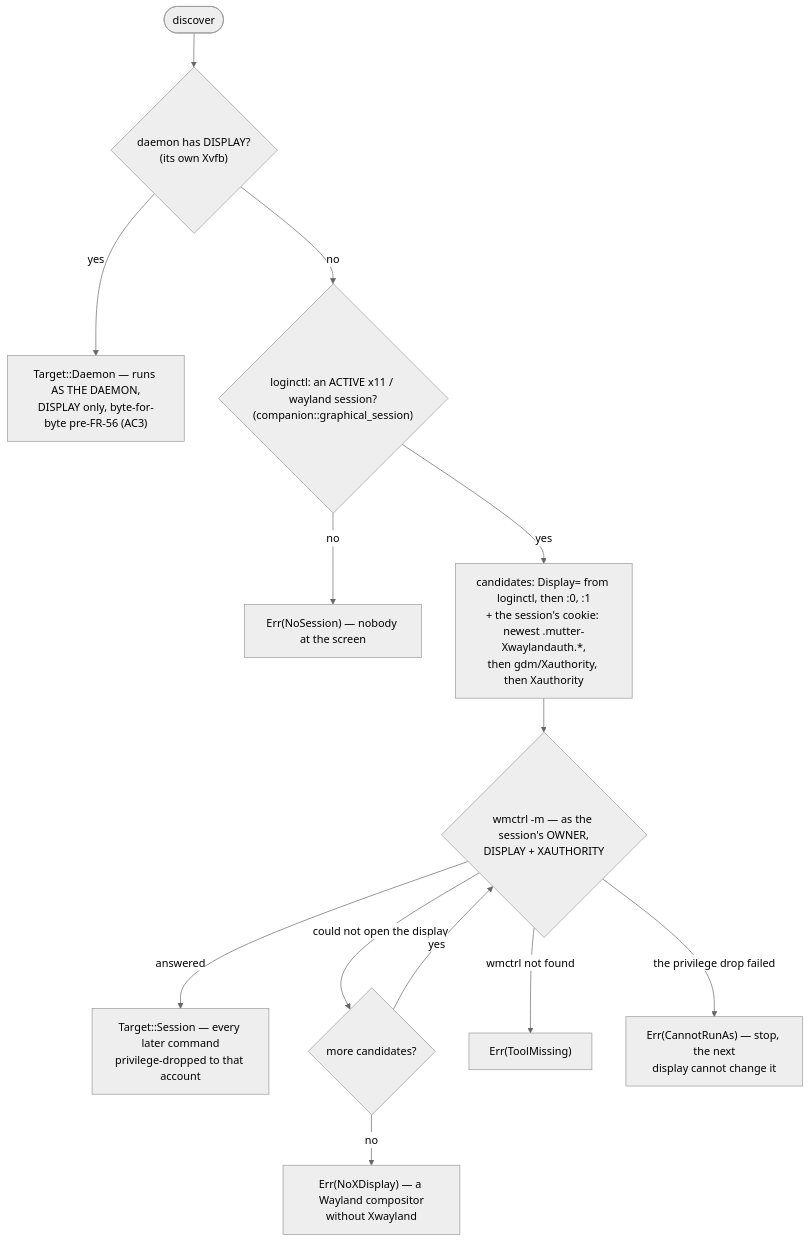
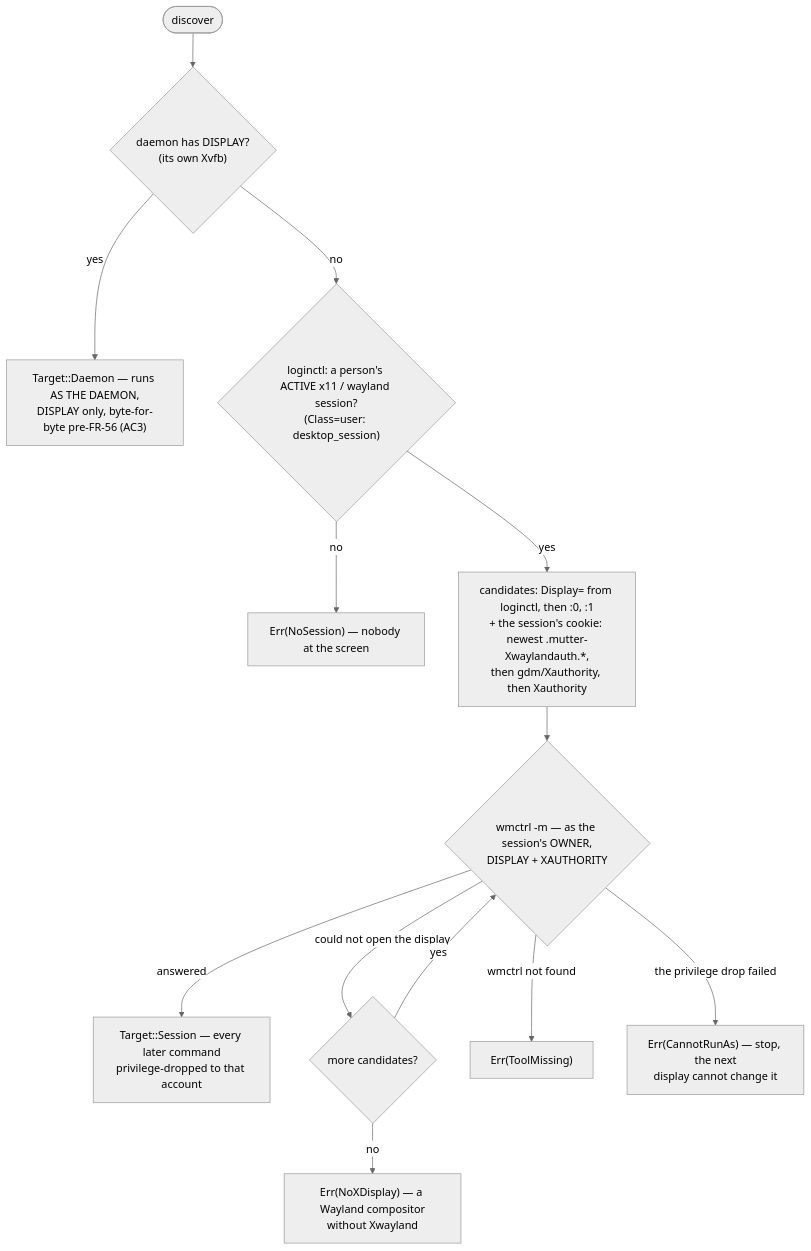
One commit to gjovanov/roomler-ai changed the second of 3 diagrams in docs/remote-apps.md. Above: the diagram before and after it, drawn with Mermaid (neutral theme). The commit also changed other lines of this file and 6 other files, not shown here.

````diff
--- a/docs/remote-apps.md
+++ b/docs/remote-apps.md
@@ -85,15 +85,15 @@
 ```mermaid
 flowchart TD
     S([discover]) --> D{"daemon has DISPLAY?<br/>(its own Xvfb)"}
     D -- yes --> DM["Target::Daemon — runs AS THE DAEMON,<br/>DISPLAY only, byte-for-byte pre-FR-56 (AC3)"]
-    D -- no --> L{"loginctl: an ACTIVE x11 / wayland session?<br/>(companion::graphical_session)"}
+    D -- no --> L{"loginctl: a person's ACTIVE x11 / wayland session?<br/>(Class=user: desktop_session)"}
     L -- no --> NS["Err(NoSession) — nobody at the screen"]
     L -- yes --> C["candidates: Display= from loginctl, then :0, :1<br/>+ the session's cookie: newest .mutter-Xwaylandauth.*,<br/>then gdm/Xauthority, then Xauthority"]
     C --> P{"wmctrl -m — as the session's OWNER,<br/>DISPLAY + XAUTHORITY"}
     P -- answered --> SESS["Target::Session — every later command<br/>privilege-dropped to that account"]
     P -- "could not open the display" --> NEXT{more candidates?}
     NEXT -- yes --> P
     NEXT -- no --> NX["Err(NoXDisplay) — a Wayland compositor<br/>without Xwayland"]
     P -- "wmctrl not found" --> TM["Err(ToolMissing)"]
     P -- "the privilege drop failed" --> CR["Err(CannotRunAs) — stop, the next<br/>display cannot change it"]
 ```
````
